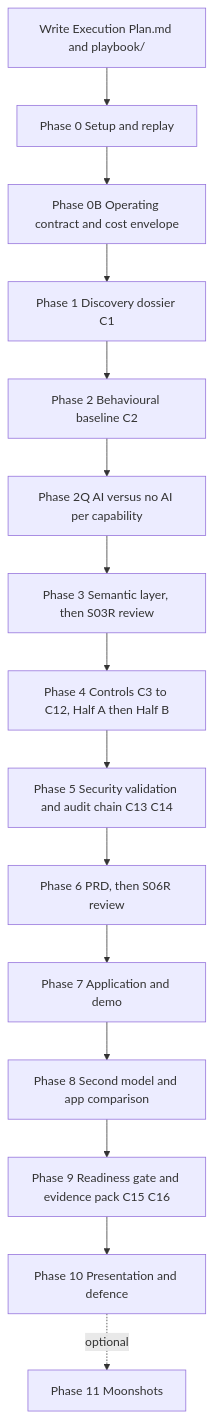
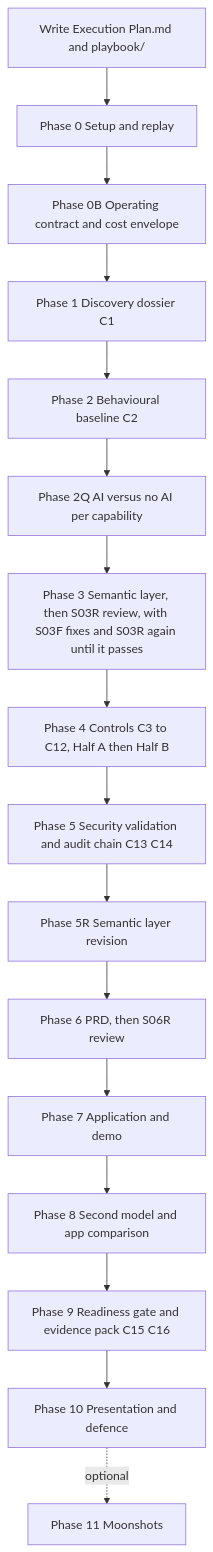
The diagram in Execution Plan.md (mumbrajkar-ul2/SPRINT3CAPSTONE), drawn with Mermaid before and after one commit. The commit also changed other lines of this file and 76 other files, not shown here.

````diff
--- a/Execution Plan.md
+++ b/Execution Plan.md
@@ -67,17 +67,18 @@
 ```mermaid
 flowchart TD
   PP[Write Execution Plan.md and playbook/] --> P0[Phase 0 Setup and replay]
   P0 --> P0B[Phase 0B Operating contract and cost envelope]
   P0B --> P1[Phase 1 Discovery dossier C1]
   P1 --> P2[Phase 2 Behavioural baseline C2]
   P2 --> P2Q[Phase 2Q AI versus no AI per capability]
-  P2Q --> P3[Phase 3 Semantic layer, then S03R review]
+  P2Q --> P3[Phase 3 Semantic layer, then S03R review, with S03F fixes and S03R again until it passes]
   P3 --> P4[Phase 4 Controls C3 to C12, Half A then Half B]
   P4 --> P5[Phase 5 Security validation and audit chain C13 C14]
-  P5 --> P6[Phase 6 PRD, then S06R review]
+  P5 --> P5R[Phase 5R Semantic layer revision]
+  P5R --> P6[Phase 6 PRD, then S06R review]
   P6 --> P7[Phase 7 Application and demo]
   P7 --> P8[Phase 8 Second model and app comparison]
   P8 --> P9[Phase 9 Readiness gate and evidence pack C15 C16]
   P9 --> P10[Phase 10 Presentation and defence]
   P10 -.optional.-> P11[Phase 11 Moonshots]
 ```
````
